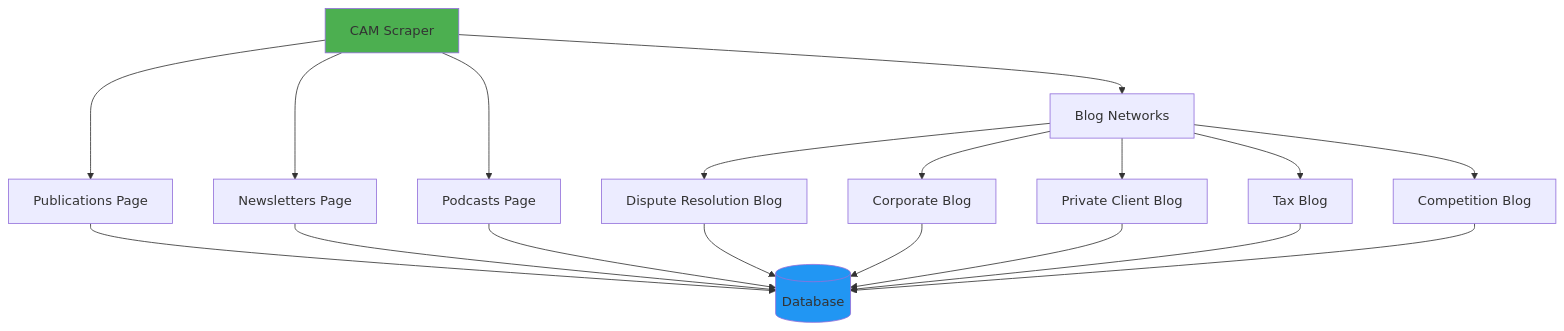
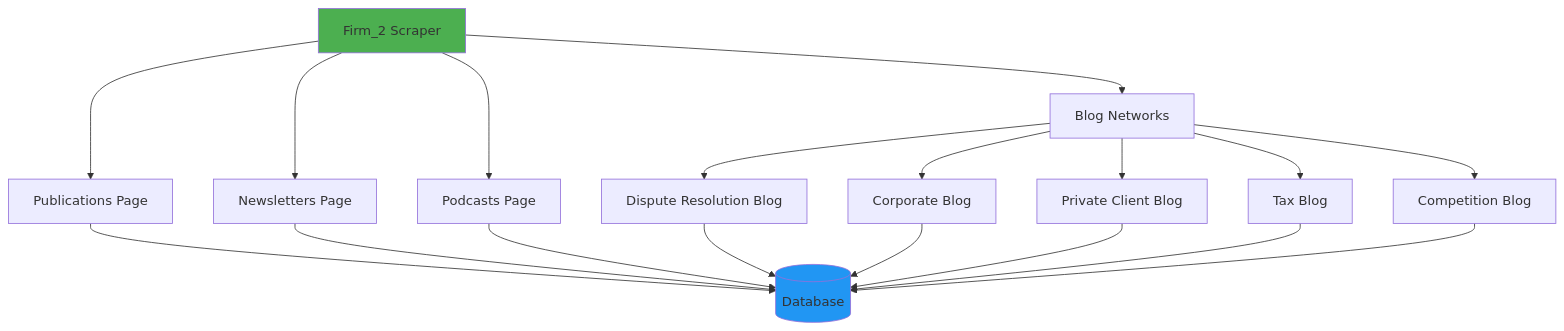
Before and after one commit to Acash-bits/Law-Firm-Publications-Scraper-Suite: the ninth of 27 diagrams in readme.md, drawn with Mermaid. The commit also changed other lines of this file, not shown here.

Commit message:
Change in the font and style of System architecture diagram

````diff
--- a/readme.md
+++ b/readme.md
@@ -681,18 +680,18 @@
 ```mermaid
 graph TB
-    A[CAM Scraper] --> B[Publications Page]
+    A[Firm_2 Scraper] --> B[Publications Page]
     A --> C[Newsletters Page]
     A --> D[Podcasts Page]
     A --> E[Blog Networks]
     
     E --> E1[Dispute Resolution Blog]
     E --> E2[Corporate Blog]
     E --> E3[Private Client Blog]
     E --> E4[Tax Blog]
     E --> E5[Competition Blog]
     
     B & C & D & E1 & E2 & E3 & E4 & E5 --> F[(Database)]
     
     style A fill:#4CAF50
     style F fill:#2196F3
 ```
````
